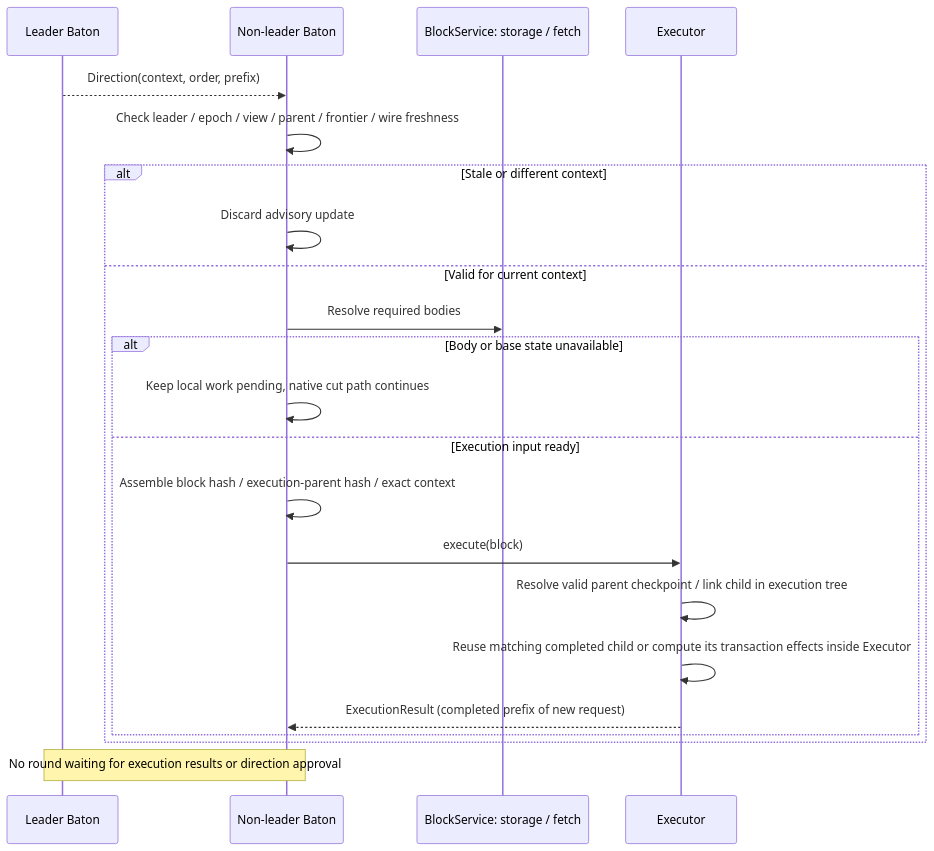
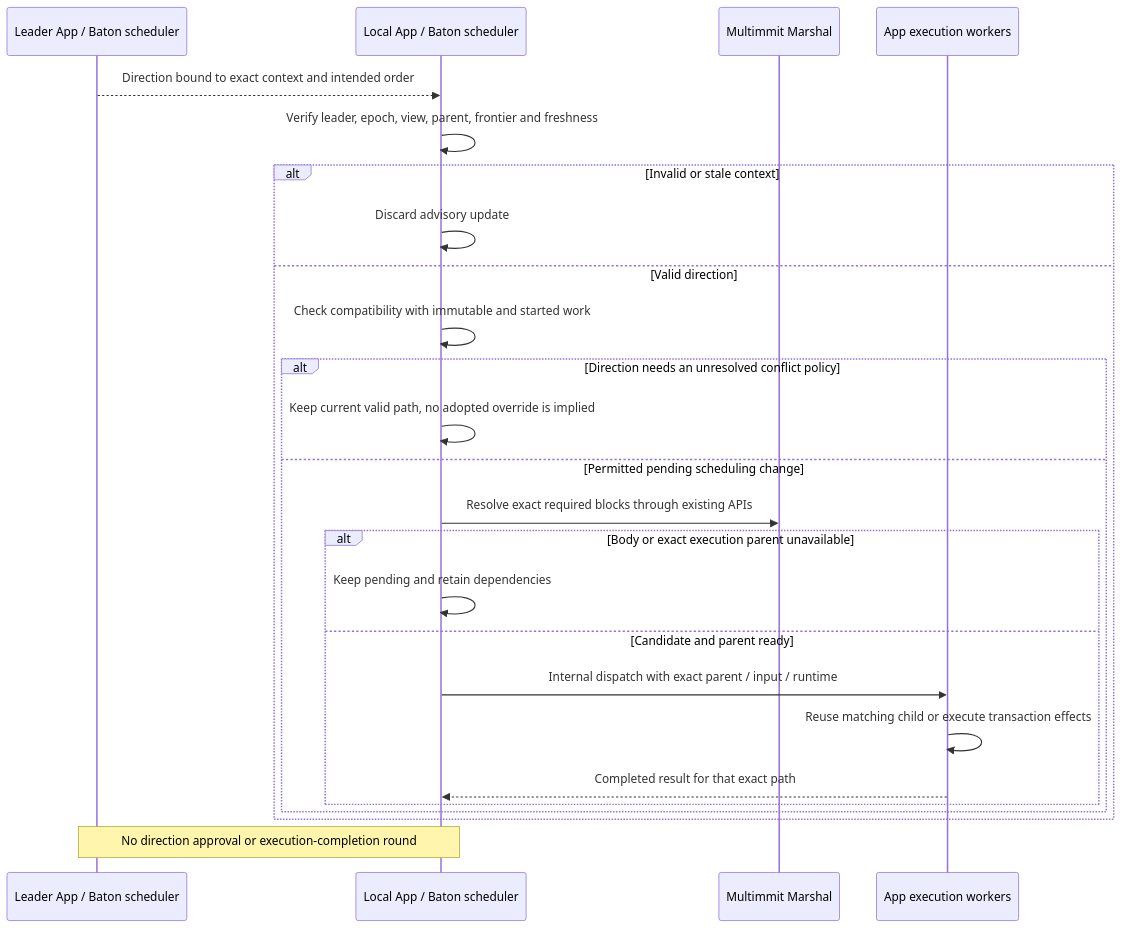
Before and after one commit to djm07073/baton-research: the diagram in docs/e2e/reschedule.md, drawn with Mermaid. The commit also changed other lines of this file and 292 other files, not shown here.

Commit message:
docs: redesign Baton around App-owned scheduling

````diff
--- a/docs/e2e/reschedule.md
+++ b/docs/e2e/reschedule.md
@@ -15,24 +17,27 @@
 ```mermaid
 sequenceDiagram
-    participant L as Leader Baton
-    participant B as Non-leader Baton
-    participant S as BlockService: storage / fetch
-    participant E as Executor
-    L-->>B: Direction(context, order, prefix)
-    B->>B: Check leader / epoch / view / parent / frontier / wire freshness
-    alt Stale or different context
-        B->>B: Discard advisory update
-    else Valid for current context
-        B->>S: Resolve required bodies
-        alt Body or base state unavailable
-            B->>B: Keep local work pending, native cut path continues
-        else Execution input ready
-            B->>B: Assemble block hash / execution-parent hash / exact context
-            B->>E: execute(block)
-            E->>E: Resolve valid parent checkpoint / link child in execution tree
-            E->>E: Reuse matching completed child or compute its transaction effects inside Executor
-            E-->>B: ExecutionResult (completed prefix of new request)
+    participant L as Leader App / Baton scheduler
+    participant A as Local App / Baton scheduler
+    participant M as Multimmit Marshal
+    participant W as App execution workers
+    L-->>A: Direction bound to exact context and intended order
+    A->>A: Verify leader, epoch, view, parent, frontier and freshness
+    alt Invalid or stale context
+        A->>A: Discard advisory update
+    else Valid direction
+        A->>A: Check compatibility with immutable and started work
+        alt Direction needs an unresolved conflict policy
+            A->>A: Keep current valid path, no adopted override is implied
+        else Permitted pending scheduling change
+            A->>M: Resolve exact required blocks through existing APIs
+            alt Body or exact execution parent unavailable
+                A->>A: Keep pending and retain dependencies
+            else Candidate and parent ready
+                A->>W: Internal dispatch with exact parent / input / runtime
+                W->>W: Reuse matching child or execute transaction effects
+                W-->>A: Completed result for that exact path
+            end
         end
     end
-    Note over L,B: No round waiting for execution results or direction approval
+    Note over L,A: No direction approval or execution-completion round
 ```
````
